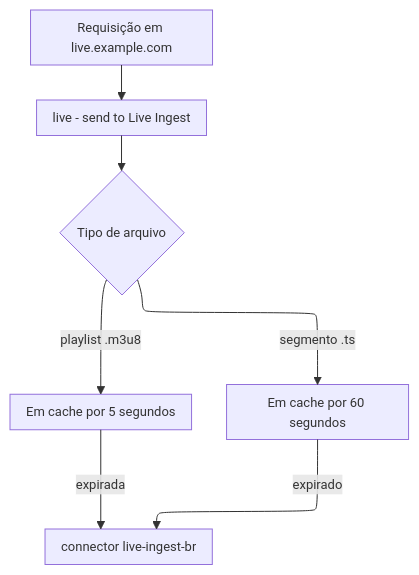
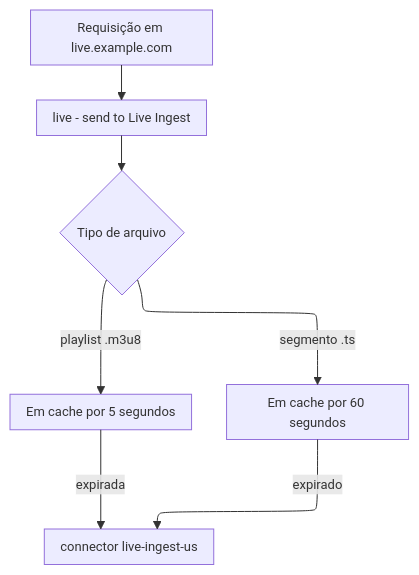
One commit to aziontech/docs changed the second of 2 diagrams in apps/docs/src/content/docs/pt-br/pages/casos-de-uso/entregar-midia-e-streaming/transmitir-eventos-ao-vivo-para-grandes-audiencias.mdx. Above: the diagram before and after it, drawn with Mermaid. The commit also changed other lines of this file and 95 other files, not shown here.

````diff
--- a/apps/docs/src/content/docs/pt-br/pages/casos-de-uso/entregar-midia-e-streaming/transmitir-eventos-ao-vivo-para-grandes-audiencias.mdx
+++ b/apps/docs/src/content/docs/pt-br/pages/casos-de-uso/entregar-midia-e-streaming/transmitir-eventos-ao-vivo-para-grandes-audiencias.mdx
@@ -104,10 +104,10 @@
 ```mermaid
 %%{init: {"layout": "elk", "themeVariables": {"fontSize": "13px"}, "flowchart": {"nodeSpacing": 24, "rankSpacing": 36, "padding": 8, "wrappingWidth": 150, "useMaxWidth": true}, "sequence": {"width": 120, "actorMargin": 30, "useMaxWidth": true}}}%%
 flowchart TD
   Req["Requisição em live.example.com"] --> Rule["live - send to Live Ingest"]
   Rule --> Kind{"Tipo de arquivo"}
   Kind -->|"playlist .m3u8"| Short["Em cache por 5 segundos"]
   Kind -->|"segmento .ts"| Long["Em cache por 60 segundos"]
-  Short -->|"expirada"| Conn["connector live-ingest-br"]
+  Short -->|"expirada"| Conn["connector live-ingest-us"]
   Long -->|"expirado"| Conn
 ```
````
